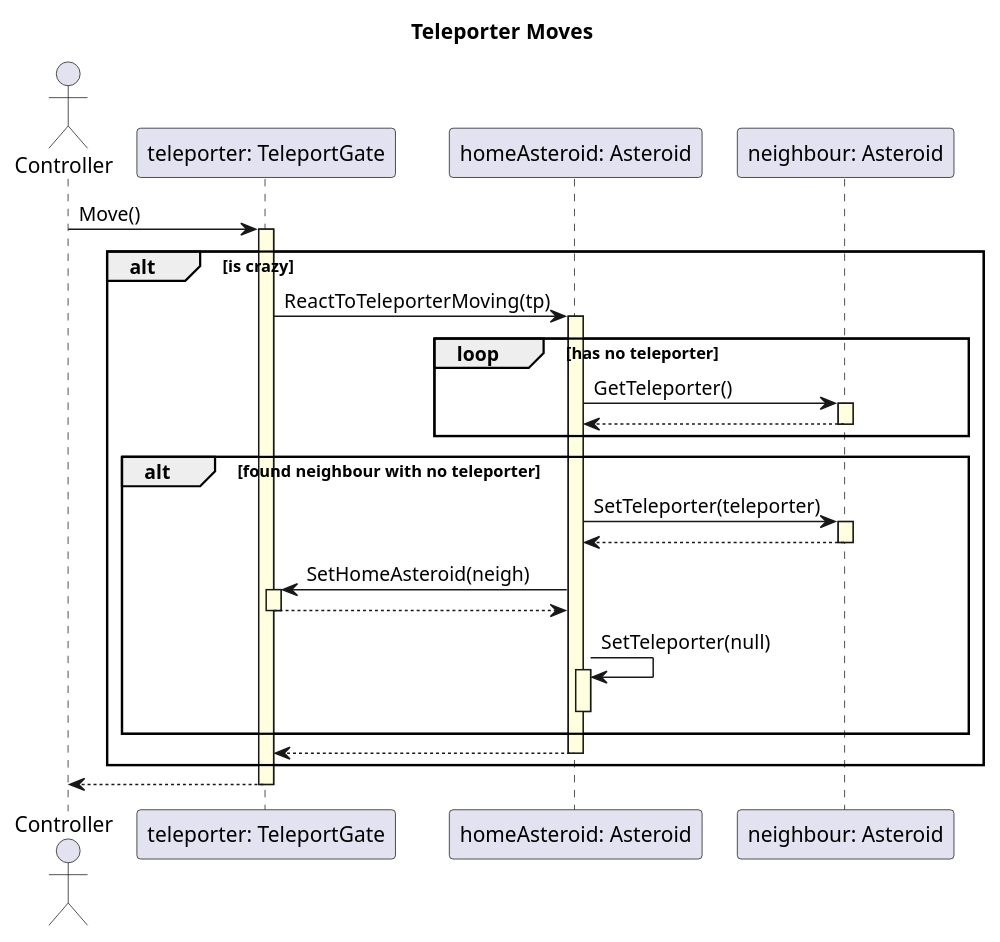
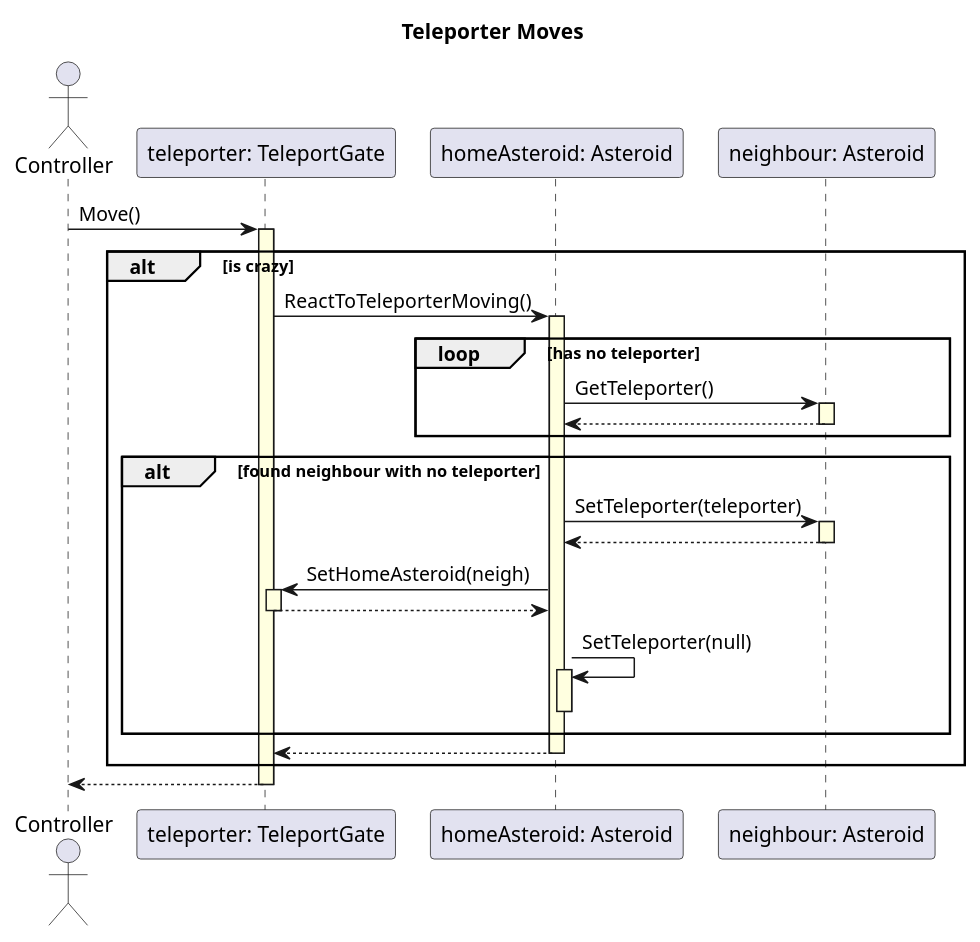
One commit to bbucsy/projlab_holy_oil changed the diagram in uml/skeleton_seq_diagrams/teleport moves/teleport_moves.plantuml. Above: the diagram before and after it, drawn with PlantUML. The commit also changed 2 other files, not shown here.

```diff
--- a/uml/skeleton_seq_diagrams/teleport moves/teleport_moves.plantuml
+++ b/uml/skeleton_seq_diagrams/teleport moves/teleport_moves.plantuml
@@ -1,36 +1,36 @@
 @startuml
 
 title Teleporter Moves
 
 skinparam SequenceLifeLineBackgroundColor LightYellow
 
 actor Controller as contr
 participant "teleporter: TeleportGate" as tp
 participant "homeAsteroid: Asteroid" as home
 participant "neighbour: Asteroid" as neigh
 
 contr -> tp ++: Move()
 
 alt is crazy
-    tp -> home ++: ReactToTeleporterMoving(tp)
+    tp -> home ++: ReactToTeleporterMoving()
 
     loop has no teleporter
         home -> neigh ++: GetTeleporter()
         neigh --> home --
     end
 
     alt found neighbour with no teleporter
         home -> neigh ++: SetTeleporter(teleporter)
         neigh --> home --
         home -> tp ++: SetHomeAsteroid(neigh)
         tp --> home --
         home -> home ++: SetTeleporter(null)
         home --
 
     end
 
     home --> tp --
 end
 
 tp --> contr --
 @enduml
```
